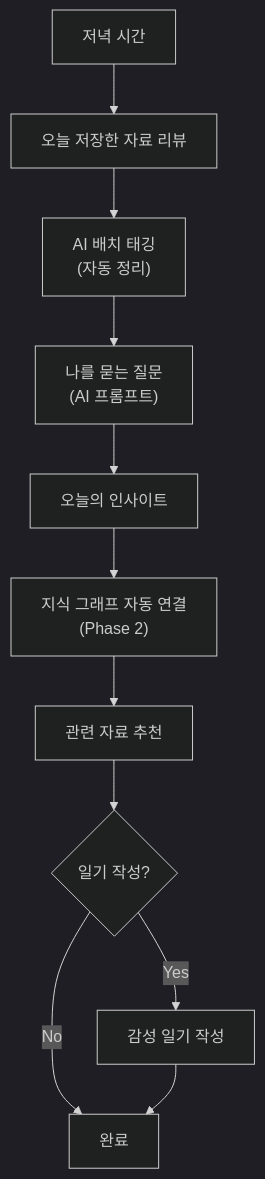
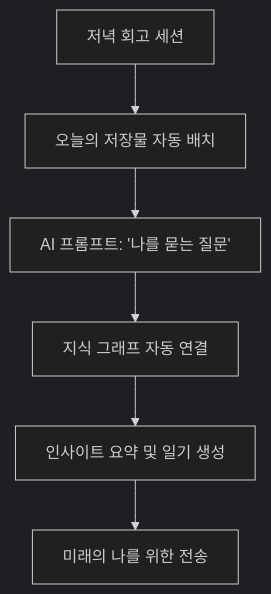
Before and after one commit to gus2902/new_learn: the third of 3 diagrams in docs/프로젝트/output/PHASE5-서비스제안/PHASE5-Step3-서비스구조-2026-01-10.md, drawn with Mermaid (dark theme). The commit also changed other lines of this file and 25 other files, not shown here.

````diff
--- a/docs/프로젝트/output/PHASE5-서비스제안/PHASE5-Step3-서비스구조-2026-01-10.md
+++ b/docs/프로젝트/output/PHASE5-서비스제안/PHASE5-Step3-서비스구조-2026-01-10.md
@@ -143,15 +122,9 @@
 ```mermaid
 flowchart TB
-    A["저녁 시간"] --> B["오늘 저장한 자료 리뷰"]
-    B --> C["AI 배치 태깅<br/>(자동 정리)"]
-    C --> D["나를 묻는 질문<br/>(AI 프롬프트)"]
+    A["저녁 회고 세션"] --> B["오늘의 저장물 자동 배치"]
+    B --> C["AI 프롬프트: '나를 묻는 질문'"]
+    C --> D["지식 그래프 자동 연결"]
+    D --> E["인사이트 요약 및 일기 생성"]
     
-    D --> E["오늘의 인사이트"]
-    E --> F["지식 그래프 자동 연결<br/>(Phase 2)"]
-    F --> G["관련 자료 추천"]
-    
-    G --> H{"일기 작성?"}
-    H -->|Yes| I["감성 일기 작성"]
-    H -->|No| J["완료"]
-    I --> J
+    E --> F["미래의 나를 위한 전송"]
 ```
````
